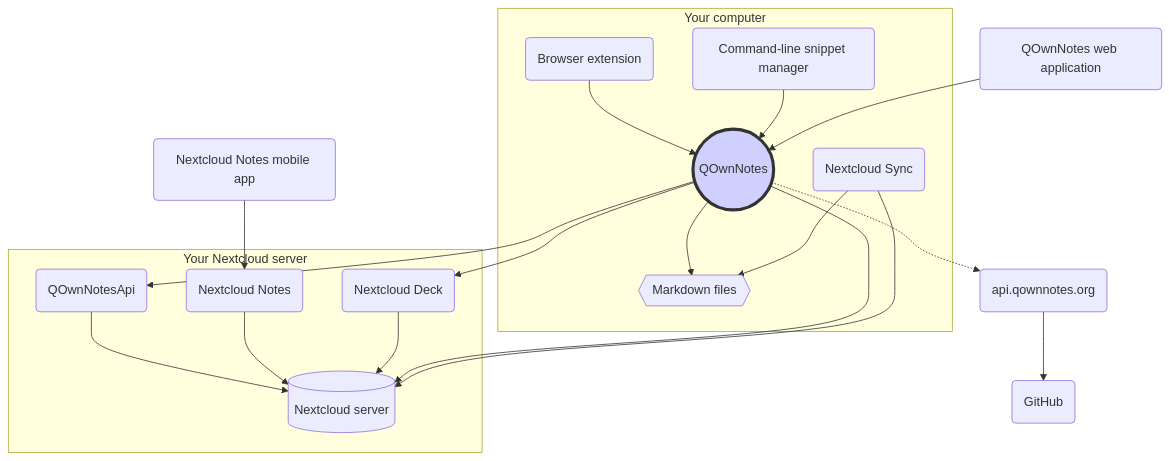
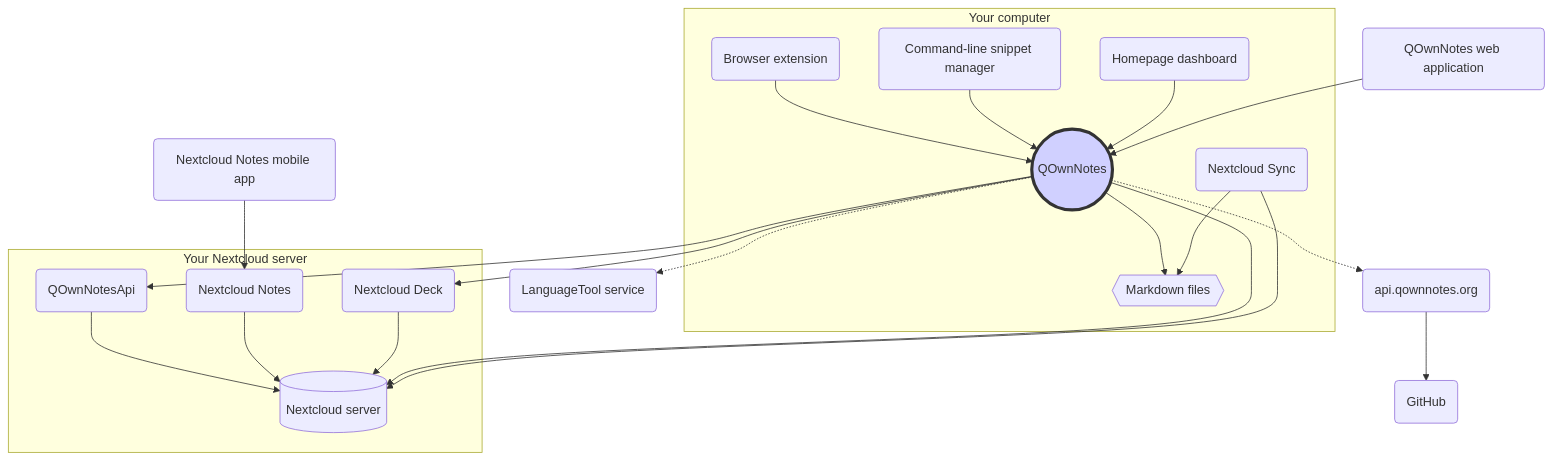
The diagram in webpage/src/ar/getting-started/concept.md (pbek/QOwnNotes), drawn with Mermaid before and after one commit. The commit also changed other lines of this file and 143 other files, not shown here.

````diff
--- a/webpage/src/ar/getting-started/concept.md
+++ b/webpage/src/ar/getting-started/concept.md
@@ -13,37 +13,41 @@
 ```mermaid
 graph TB
     subgraph Your computer
         qon((QOwnNotes))-->md{{"Markdown files"}}
         sync("Nextcloud Sync")-->md
         qon-comp("Browser extension")-->qon
         qc("Command-line snippet manager")-->qon
+        homepage("Homepage dashboard")-->qon
     end
     subgraph Your Nextcloud server
         qon-api("QOwnNotesApi")-->ncs[("Nextcloud server")]
         nc-notes-app("Nextcloud Notes")-->ncs
         nc-deck-app("Nextcloud Deck")-->ncs
     end
 
     nc-notes-mob("Nextcloud Notes mobile app")-->nc-notes-app
     qon-web-app("QOwnNotes web application")-->qon
     qon-->qon-api
     qon-->ncs
     qon-->nc-deck-app
     sync-->ncs
+    qon-.->lt("LanguageTool service")
     qon-.->qon-web-api("api.qownnotes.org")
     qon-web-api-->github("GitHub")
 
     style qon fill:#d0d0ff,stroke:#333,stroke-width:4px
     click qon "/getting-started/concept.html#qownnotes" "QOwnNotes Desktop Application for managing your notes on your desktop computer"
     click md "/getting-started/concept.html#markdown-note-files" "Markdown, media and attachment files in your note folder"
     click qon-comp "/getting-started/concept.html#qownnotes-browser-extension" "QOwnNotes browser extension for managing bookmarks in markdown files and as web clipper"
     click qc "/getting-started/concept.html#qownnotes-command-line-snippet-manager" "QOwnNotes command-line snippet manager"
+    click homepage "/getting-started/concept.html#homepage-dashboard" "Homepage dashboard using QOwnNotes bookmark suggestions"
     click sync "/getting-started/concept.html#nextcloud-desktop-sync-client" "Nextcloud desktop sync client to sync your notes to your server"
     click ncs "/getting-started/concept.html#nextcloud-server" "Nextcloud server to host your notes and other files"
     click qon-api "/getting-started/concept.html#qownnotesapi-nextcloud-app" "QOwnNotesAPI Nextcloud app to access your server-side trash and note versions"
     click nc-notes-app "/getting-started/concept.html#nextcloud-notes-server-app" "Nextcloud Notes server app to manage your notes in the web"
     click nc-notes-mob "/getting-started/concept.html#nextcloud-notes-mobile-app" "Nextcloud Notes mobile app to manage your notes on your mobile phone"
     click nc-deck-app "/getting-started/concept.html#nextcloud-deck-server-app" "Nextcloud Deck server app to manage reminders and todo lists in the web"
     click qon-web-app "/getting-started/concept.html#qownnotes-web-app" "QOwnNotes Web App to send photos from your mobile phone"
+    click lt "/editor/languagetool.html" "Optional LanguageTool server for grammar and style checking"
     click qon-web-api "/getting-started/concept.html#api-qownnotes-org"
 ```
````
